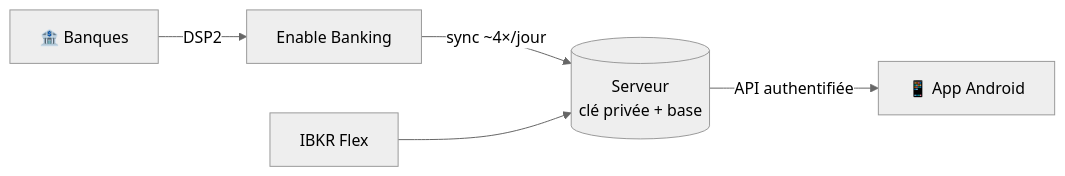
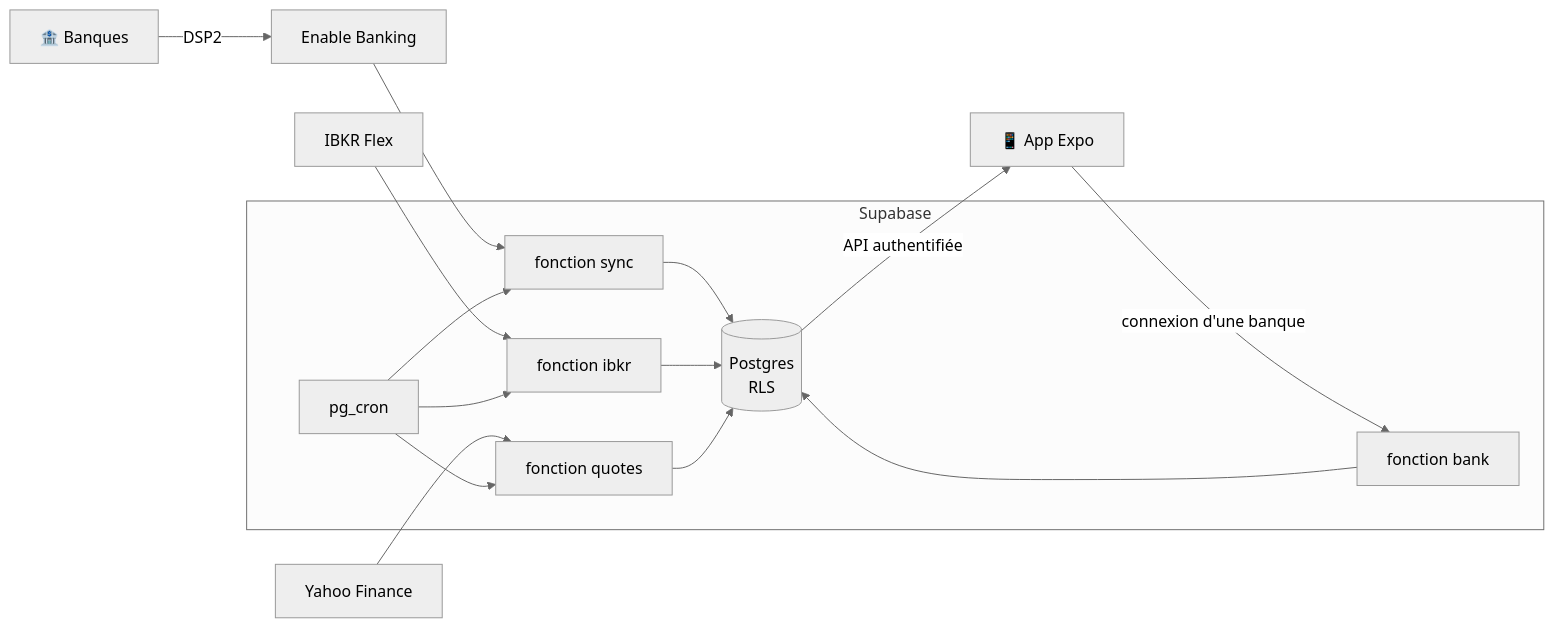
Before and after one commit to JSJL29/selffinance: the diagram in README.md, drawn with Mermaid (neutral theme). The commit also changed other lines of this file and 7 other files, not shown here.

````diff
--- a/README.md
+++ b/README.md
@@ -47,7 +47,16 @@
 ```mermaid
 flowchart LR
     B[🏦 Banques] -- DSP2 --> EB[Enable Banking]
-    EB -- "sync ~4×/jour" --> S[(Serveur<br/>clé privée + base)]
-    IB[IBKR Flex] --> S
-    S -- API authentifiée --> A[📱 App Android]
+    EB --> SYNC
+    IB[IBKR Flex] --> IBKR
+    Y[Yahoo Finance] --> Q
+    subgraph Supabase
+      SYNC[fonction sync] --> DB[(Postgres<br/>RLS)]
+      BANK[fonction bank] --> DB
+      IBKR[fonction ibkr] --> DB
+      Q[fonction quotes] --> DB
+      CRON[pg_cron] --> SYNC & IBKR & Q
+    end
+    DB -- API authentifiée --> A[📱 App Expo]
+    A -- connexion d'une banque --> BANK
 ```
````
